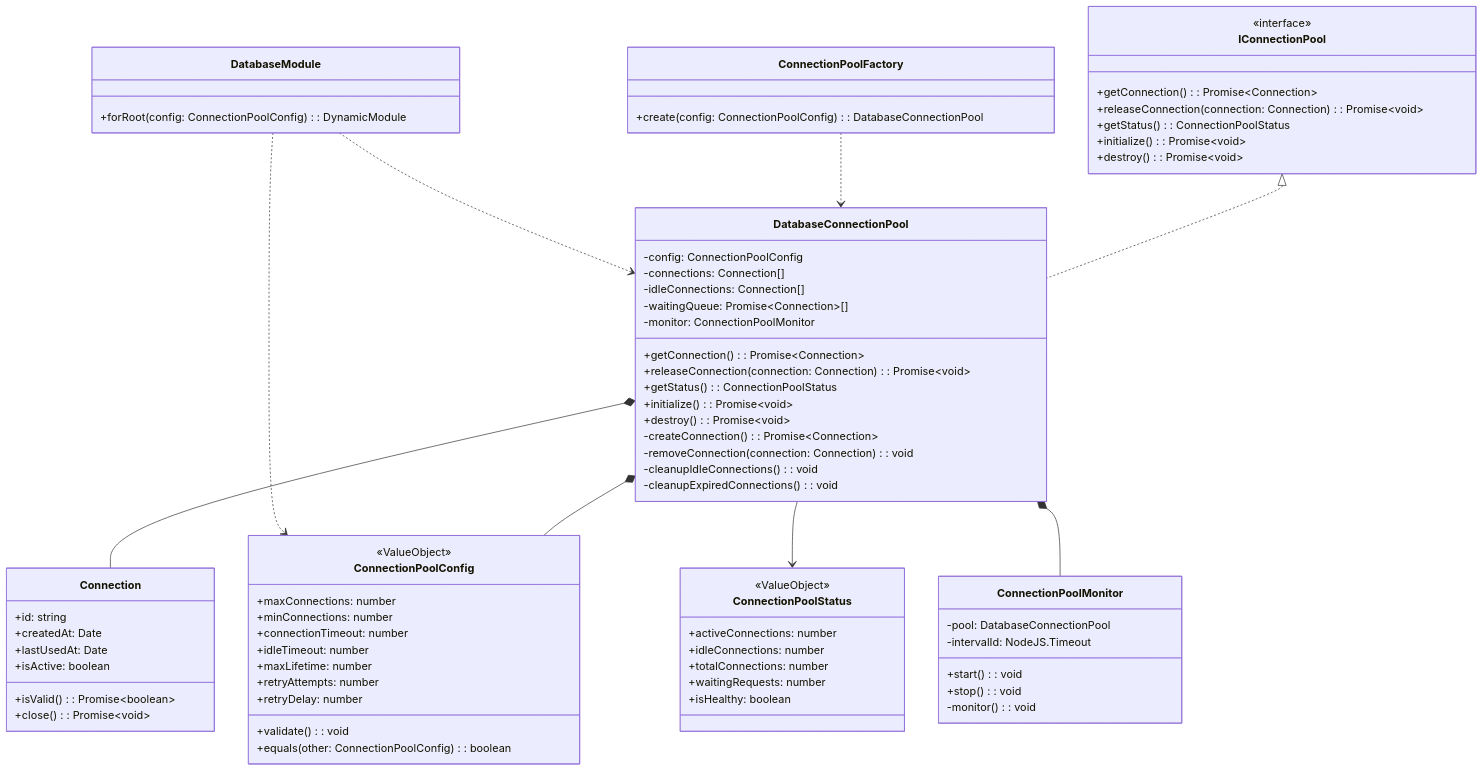
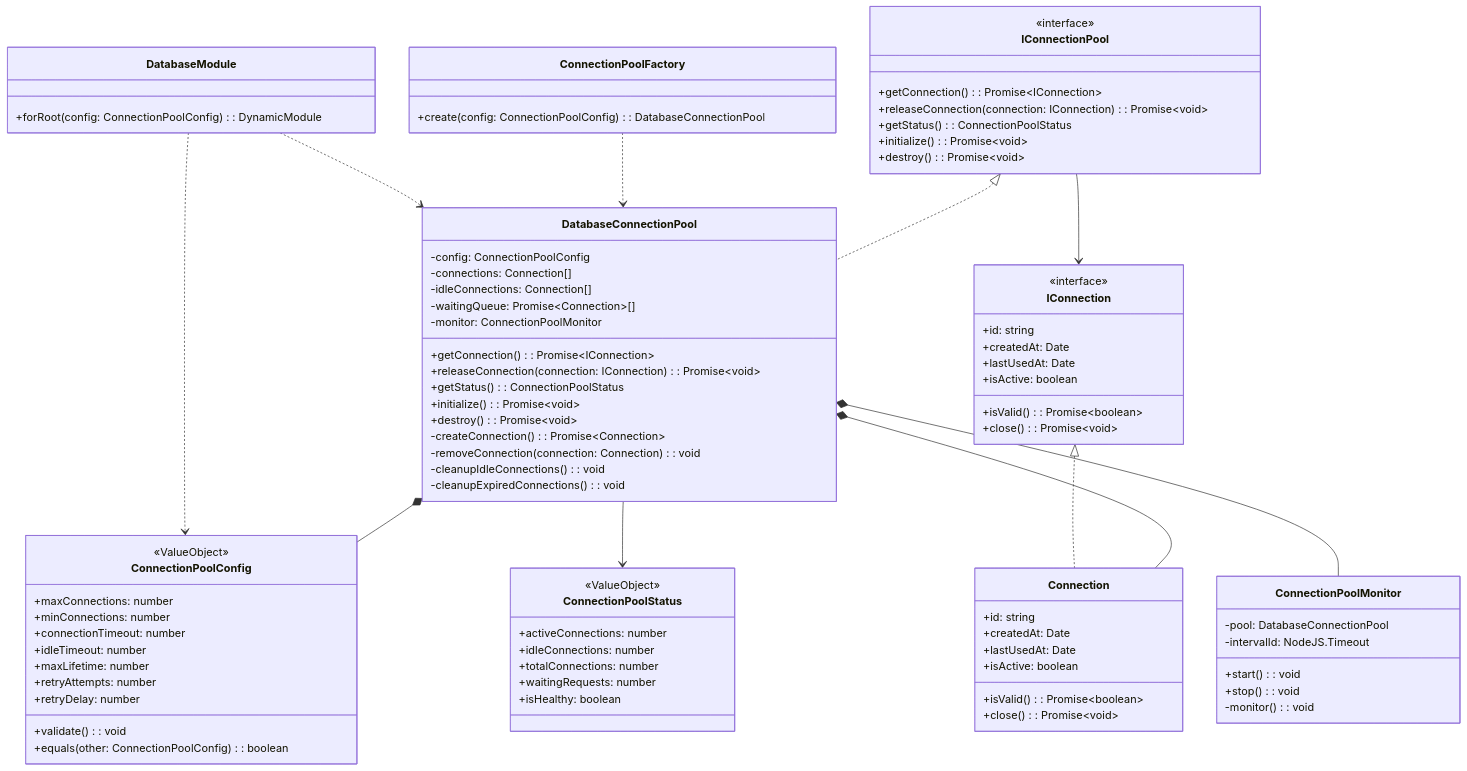
The first of 3 diagrams in docs/detailed-design/MWD-81_database-connection-pool/class-diagrams.md (kencom2400/MrWebDefence-Console), drawn with Mermaid before and after one commit. The commit also changed other lines of this file and 2 other files, not shown here.

Commit message:
fix(database-connection-pool): Geminiレビュー指摘（第2弾）を反映して設計書を修正 (MWD-81)
- class-diagrams.md: IConnectionインターフェースをDomain Layerに追加し、ConnectionをInfrastructure Layerに配置
- class-diagrams.md: 接続のライフサイクル図でmaxLifetimeの評価タイミングを明確化（releaseConnection時）
- sequence-diagrams.md: 接続解放フローから同期のcreateConnection()を削除（バックグラウンド処理に任せる）
- gemini-learnings.md: インターフェースと具象クラスのレイヤー分離、状態遷移図の明確化、接続解放処理の軽量化に関する学習を追加

```diff
--- a/docs/detailed-design/MWD-81_database-connection-pool/class-diagrams.md
+++ b/docs/detailed-design/MWD-81_database-connection-pool/class-diagrams.md
@@ -7,8 +7,8 @@
     %% Domain Layer
     class IConnectionPool {
         <<interface>>
-        +getConnection(): Promise~Connection~
-        +releaseConnection(connection: Connection): Promise~void~
+        +getConnection(): Promise~IConnection~
+        +releaseConnection(connection: IConnection): Promise~void~
         +getStatus(): ConnectionPoolStatus
         +initialize(): Promise~void~
         +destroy(): Promise~void~
@@ -36,6 +36,16 @@
         +isHealthy: boolean
     }
     
+    class IConnection {
+        <<interface>>
+        +id: string
+        +createdAt: Date
+        +lastUsedAt: Date
+        +isActive: boolean
+        +isValid(): Promise~boolean~
+        +close(): Promise~void~
+    }
+    
     %% Infrastructure Layer
     class DatabaseConnectionPool {
         -config: ConnectionPoolConfig
@@ -43,8 +53,8 @@
         -idleConnections: Connection[]
         -waitingQueue: Promise~Connection~[]
         -monitor: ConnectionPoolMonitor
-        +getConnection(): Promise~Connection~
-        +releaseConnection(connection: Connection): Promise~void~
+        +getConnection(): Promise~IConnection~
+        +releaseConnection(connection: IConnection): Promise~void~
         +getStatus(): ConnectionPoolStatus
         +initialize(): Promise~void~
         +destroy(): Promise~void~
@@ -82,10 +92,12 @@
     
     %% Relationships
     IConnectionPool <|.. DatabaseConnectionPool
+    IConnectionPool --> IConnection
     DatabaseConnectionPool *-- ConnectionPoolConfig
     DatabaseConnectionPool *-- Connection
     DatabaseConnectionPool --> ConnectionPoolStatus
     DatabaseConnectionPool *-- ConnectionPoolMonitor
+    IConnection <|.. Connection
     ConnectionPoolFactory ..> DatabaseConnectionPool
     DatabaseModule ..> DatabaseConnectionPool
     DatabaseModule ..> ConnectionPoolConfig
```
